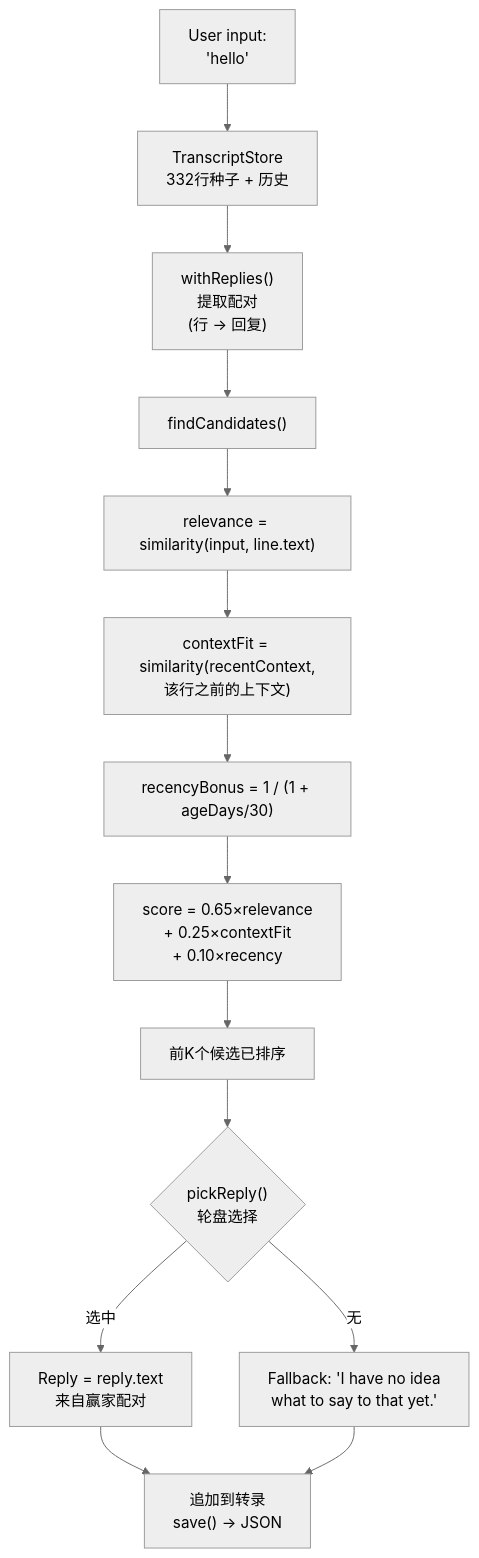
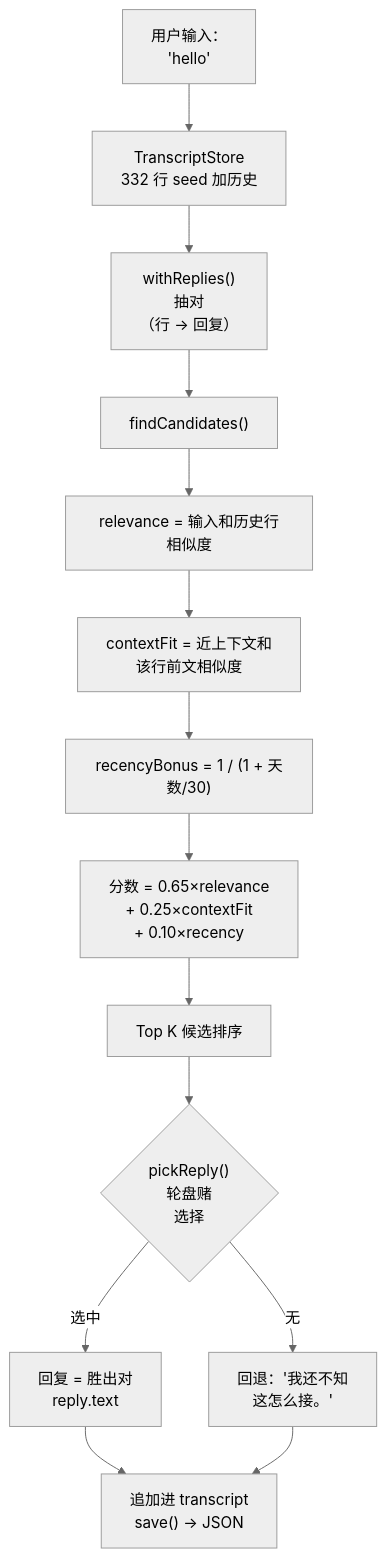
Before and after one commit to fox3000foxy/fox3000foxy.github.io: the second of 2 diagrams in public/articles/zh/from-eliza-to-llm-chatbots-typescript.md, drawn with Mermaid (neutral theme). The commit also changed other lines of this file and 576 other files, not shown here.

````diff
--- a/public/articles/zh/from-eliza-to-llm-chatbots-typescript.md
+++ b/public/articles/zh/from-eliza-to-llm-chatbots-typescript.md
@@ -308,16 +307,16 @@
 ```mermaid
 flowchart TD
-    A["User input:<br>'hello'"] --> B["TranscriptStore<br>332行种子 + 历史"]
-    B --> C["withReplies()<br>提取配对<br>(行 → 回复)"]
+    A["用户输入：<br>'hello'"] --> B["TranscriptStore<br>332 行 seed 加历史"]
+    B --> C["withReplies()<br>抽对<br>（行 → 回复）"]
     C --> D["findCandidates()"]
-    D --> E["relevance = similarity(input, line.text)"]
-    E --> F["contextFit = similarity(recentContext,<br>该行之前的上下文)"]
-    F --> G["recencyBonus = 1 / (1 + ageDays/30)"]
-    G --> H["score = 0.65×relevance<br>+ 0.25×contextFit<br>+ 0.10×recency"]
-    H --> I["前K个候选已排序"]
-    I --> J{"pickReply()<br>轮盘选择"}
-    J -->|"选中"| K["Reply = reply.text<br>来自赢家配对"]
-    J -->|"无"| L["Fallback: 'I have no idea<br>what to say to that yet.'"]
-    K --> M["追加到转录<br>save() → JSON"]
+    D --> E["relevance = 输入和历史行相似度"]
+    E --> F["contextFit = 近上下文和<br>该行前文相似度"]
+    F --> G["recencyBonus = 1 / (1 + 天数/30)"]
+    G --> H["分数 = 0.65×relevance<br>+ 0.25×contextFit<br>+ 0.10×recency"]
+    H --> I["Top K 候选排序"]
+    I --> J{"pickReply()<br>轮盘赌<br>选择"}
+    J -->|"选中"| K["回复 = 胜出对<br>reply.text"]
+    J -->|"无"| L["回退：'我还不知<br>这怎么接。'"]
+    K --> M["追加进 transcript<br>save() → JSON"]
     L --> M
 ```
````
